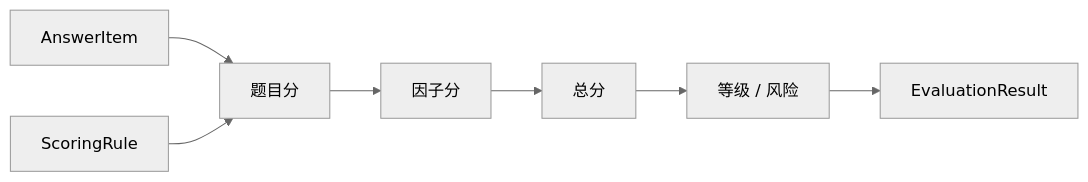
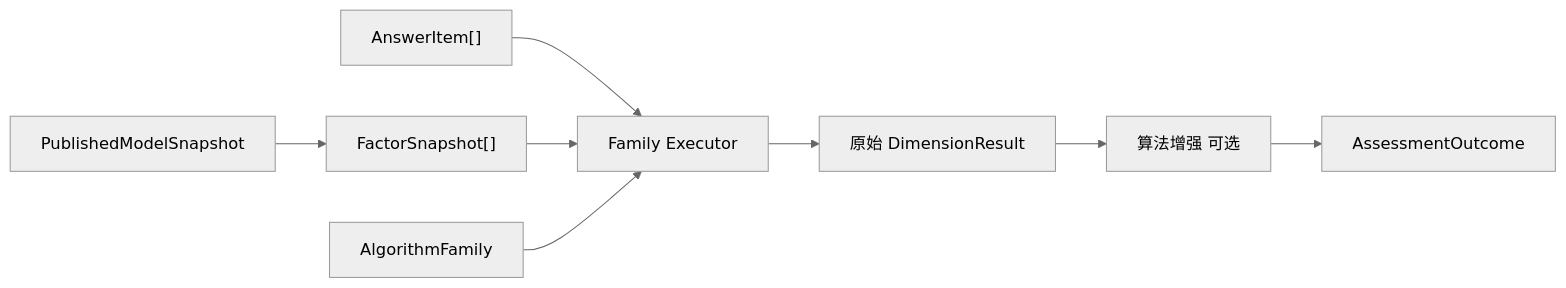
The diagram in docs/02-业务模块/30-evaluation/04-计分与因子计算链路.md (FangcunMount/qs-server), drawn with Mermaid (neutral theme) before and after one commit. The commit also changed other lines of this file and 27 other files, not shown here.

````diff
--- a/docs/02-业务模块/30-evaluation/04-计分与因子计算链路.md
+++ b/docs/02-业务模块/30-evaluation/04-计分与因子计算链路.md
@@ -23,14 +27,17 @@
 ```mermaid
 flowchart LR
-    Answer["AnswerItem"]
-    Rule["ScoringRule"]
-    ItemScore["题目分"]
-    Factor["因子分"]
-    Total["总分"]
-    Level["等级 / 风险"]
-    Result["EvaluationResult"]
+    Snapshot["PublishedModelSnapshot"]
+    Factors["FactorSnapshot[]"]
+    Answers["AnswerItem[]"]
+    Family["AlgorithmFamily"]
+    Executor["Family Executor"]
+    Raw["原始 DimensionResult"]
+    Enrich["算法增强 可选"]
+    Outcome["AssessmentOutcome"]
 
-    Answer --> ItemScore
-    Rule --> ItemScore
-    ItemScore --> Factor --> Total --> Level --> Result
+    Snapshot --> Factors
+    Answers --> Executor
+    Factors --> Executor
+    Family --> Executor
+    Executor --> Raw --> Enrich --> Outcome
 ```
````
